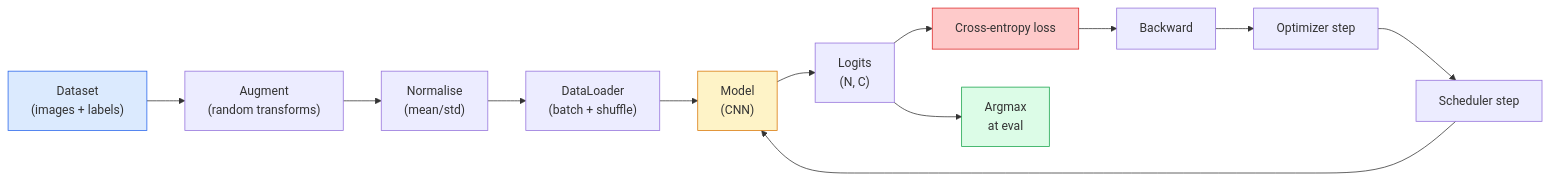
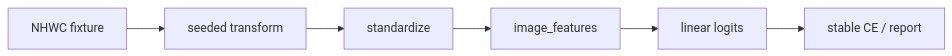
The diagram in phases/04-computer-vision/04-image-classification/docs/en.md (t3mr0i/ai-engineering-from-scratch), drawn with Mermaid before and after one commit. The commit also changed other lines of this file and 98 other files, not shown here.

````diff
--- a/phases/04-computer-vision/04-image-classification/docs/en.md
+++ b/phases/04-computer-vision/04-image-classification/docs/en.md
@@ -29,19 +26,8 @@
 ```mermaid
 flowchart LR
-    A["Dataset<br/>(images + labels)"] --> B["Augment<br/>(random transforms)"]
-    B --> C["Normalise<br/>(mean/std)"]
-    C --> D["DataLoader<br/>(batch + shuffle)"]
-    D --> E["Model<br/>(CNN)"]
-    E --> F["Logits<br/>(N, C)"]
-    F --> G["Cross-entropy loss"]
-    F --> H["Argmax<br/>at eval"]
-    G --> I["Backward"]
-    I --> J["Optimizer step"]
-    J --> K["Scheduler step"]
-    K --> E
-
-    style A fill:#dbeafe,stroke:#2563eb
-    style E fill:#fef3c7,stroke:#d97706
-    style G fill:#fecaca,stroke:#dc2626
-    style H fill:#dcfce7,stroke:#16a34a
+    A["NHWC fixture"] --> B["seeded transform"]
+    B --> C["standardize"]
+    C --> D["image_features"]
+    D --> E["linear logits"]
+    E --> F["stable CE / report"]
 ```
````
